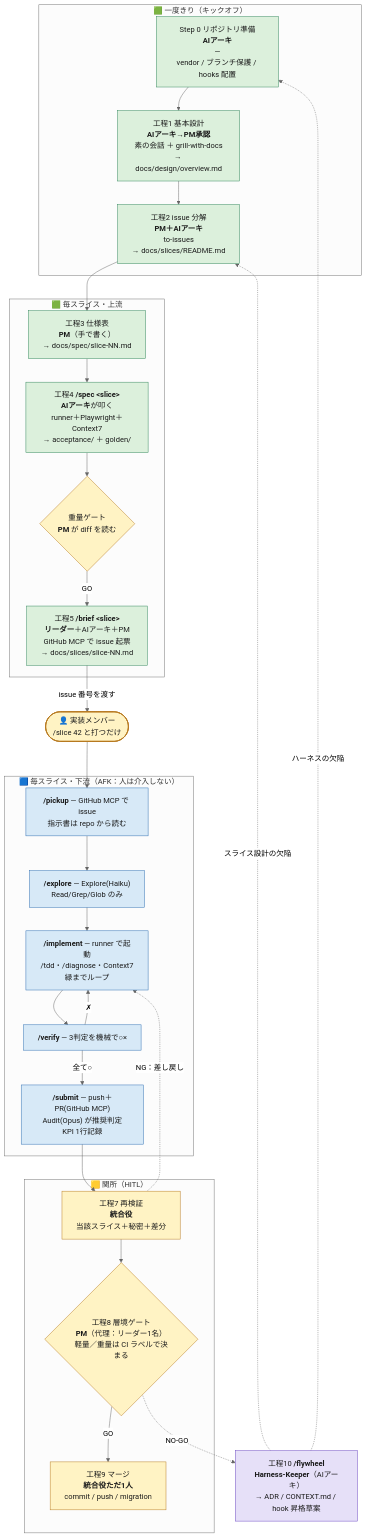
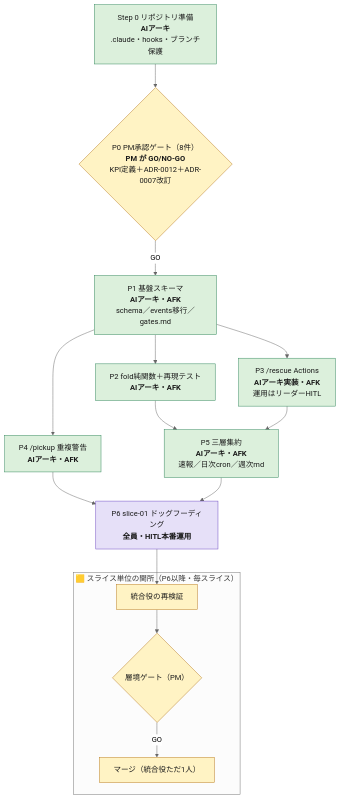
Before and after one commit to Honma218/pmApp: the diagram in docs/playbook.md, drawn with Mermaid (neutral theme). The commit also changed other lines of this file and 2 other files, not shown here.

````diff
--- a/docs/playbook.md
+++ b/docs/playbook.md
@@ -36,60 +45,32 @@
 ```mermaid
 flowchart TD
-    subgraph ONCE["🟩 一度きり（キックオフ）"]
-        S0["Step 0 リポジトリ準備<br/><b>AIアーキ</b><br/>―<br/>vendor / ブランチ保護 / hooks 配置"]
-        P1["工程1 基本設計<br/><b>AIアーキ→PM承認</b><br/>素の会話 ＋ grill-with-docs<br/>→ docs/design/overview.md"]
-        P2["工程2 issue 分解<br/><b>PM＋AIアーキ</b><br/>to-issues<br/>→ docs/slices/README.md"]
-        S0 --> P1 --> P2
+    S0["Step 0 リポジトリ準備<br/><b>AIアーキ</b><br/>.claude・hooks・ブランチ保護"]
+    P0{"P0 PM承認ゲート（8件）<br/><b>PM が GO/NO-GO</b><br/>KPI定義＋ADR-0012＋ADR-0007改訂"}
+    P1["P1 基盤スキーマ<br/><b>AIアーキ・AFK</b><br/>schema／events移行／gates.md"]
+    P2["P2 fold純関数＋再現テスト<br/><b>AIアーキ・AFK</b>"]
+    P3["P3 /rescue Actions<br/><b>AIアーキ実装・AFK</b><br/>運用はリーダーHITL"]
+    P4["P4 /pickup 重複警告<br/><b>AIアーキ・AFK</b>"]
+    P5["P5 三層集約<br/><b>AIアーキ・AFK</b><br/>速報／日次cron／週次md"]
+    P6["P6 slice-01 ドッグフーディング<br/><b>全員・HITL本番運用</b>"]
+
+    subgraph GATE["🟨 スライス単位の関所（P6以降・毎スライス）"]
+        H1["統合役の再検証"]
+        H2{"層境ゲート（PM）"}
+        H3["マージ（統合役ただ1人）"]
+        H1 --> H2 -- GO --> H3
     end
 
-    subgraph UP["🟩 毎スライス・上流"]
-        P3["工程3 仕様表<br/><b>PM</b>（手で書く）<br/>→ docs/spec/slice-NN.md"]
-        P4["工程4 <b>/spec &lt;slice&gt;</b><br/><b>AIアーキ</b>が叩く<br/>runner＋Playwright＋Context7<br/>→ acceptance/ ＋ golden/"]
-        G1{"重量ゲート<br/><b>PM</b> が diff を読む"}
-        P5["工程5 <b>/brief &lt;slice&gt;</b><br/><b>リーダー</b>＋AIアーキ＋PM<br/>GitHub MCP で issue 起票<br/>→ docs/slices/slice-NN.md"]
-        P3 --> P4 --> G1 -- GO --> P5
-    end
+    S0 --> P0 -- GO --> P1
+    P1 --> P2 --> P5
+    P1 --> P3 --> P5
+    P1 --> P4 --> P6
+    P5 --> P6
+    P6 --> H1
 
-    subgraph DOWN["🟦 毎スライス・下流（AFK：人は介入しない）"]
-        D1["<b>/pickup</b> — GitHub MCP で issue<br/>指示書は repo から読む"]
-        D2["<b>/explore</b> — Explore(Haiku)<br/>Read/Grep/Glob のみ"]
-        D3["<b>/implement</b> — runner で起動<br/>/tdd・/diagnose・Context7<br/>緑までループ"]
-        D4["<b>/verify</b> — 3判定を機械で○×"]
-        D5["<b>/submit</b> — push＋PR(GitHub MCP)<br/>Audit(Opus) が推奨判定<br/>KPI 1行記録"]
-        D1 --> D2 --> D3 --> D4
-        D4 -- "✗" --> D3
-        D4 -- "全て○" --> D5
-    end
-
-    subgraph GATE["🟨 関所（HITL）"]
-        H1["工程7 再検証<br/><b>統合役</b><br/>当該スライス＋秘密＋差分"]
-        H2{"工程8 層境ゲート<br/><b>PM</b>（代理：リーダー1名）<br/>軽量／重量は CI ラベルで決まる"}
-        H3["工程9 マージ<br/><b>統合役ただ1人</b><br/>commit / push / migration"]
-        H1 --> H2 -- "GO" --> H3
-    end
-
-    FW["工程10 <b>/flywheel</b><br/><b>Harness-Keeper</b>（AIアーキ）<br/>→ ADR / CONTEXT.md / hook 昇格草案"]
-
-    P2 --> P3
-    P5 -->|"issue 番号を渡す"| Human(["👤 実装メンバー<br/>/slice 42 と打つだけ"])
-    Human --> D1
-    D5 --> H1
-    H1 -. "NG：差し戻し" .-> D3
-    H2 -. "NO-GO" .-> FW
-    FW -.->|"スライス設計の欠陥"| P2
-    FW -.->|"ハーネスの欠陥"| S0
-
-    classDef once fill:#DCF0DC,stroke:#2F855A,color:#1a1a1a
-    classDef up fill:#DCF0DC,stroke:#2F855A,color:#1a1a1a
-    classDef down fill:#D7E9F7,stroke:#2B6CB0,color:#1a1a1a
     classDef gate fill:#FFF3C4,stroke:#B7791F,color:#1a1a1a
-    classDef fly fill:#E6E0F8,stroke:#6B46C1,color:#1a1a1a
-    classDef human fill:#FFF3C4,stroke:#B7791F,color:#1a1a1a,stroke-width:2px
-
-    class S0,P1,P2 once
-    class P3,P4,P5 up
-    class D1,D2,D3,D4,D5 down
-    class G1,H1,H2,H3 gate
-    class FW fly
-    class Human human
+    classDef build fill:#DCF0DC,stroke:#2F855A,color:#1a1a1a
+    classDef dog fill:#E6E0F8,stroke:#6B46C1,color:#1a1a1a
+    class P0,H1,H2,H3 gate
+    class S0,P1,P2,P3,P4,P5 build
+    class P6 dog
 ```
````
